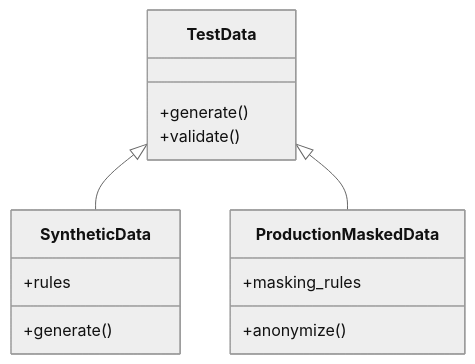
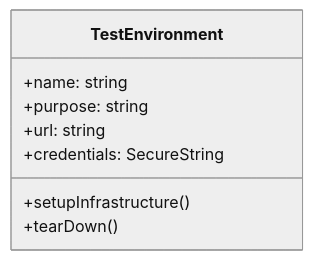
One commit to ppeach/Cline-Starter-Prompt changed the fourth of 4 diagrams in templates/TestingContext.md. Above: the diagram before and after it, drawn with Mermaid (neutral theme). The commit also changed other lines of this file, not shown here.

````diff
--- a/templates/TestingContext.md
+++ b/templates/TestingContext.md
@@ -121,15 +128,11 @@
 ```mermaid
 classDiagram
-    TestData <|-- SyntheticData
-    TestData <|-- ProductionMaskedData
-    TestData : +generate()
-    TestData : +validate()
-    class SyntheticData{
-        +rules
-        +generate()
-    }
-    class ProductionMaskedData{
-        +masking_rules
-        +anonymize()
+    class TestEnvironment {
+        +name: string
+        +purpose: string
+        +url: string
+        +credentials: SecureString
+        +setupInfrastructure()
+        +tearDown()
     }
 ```
````
